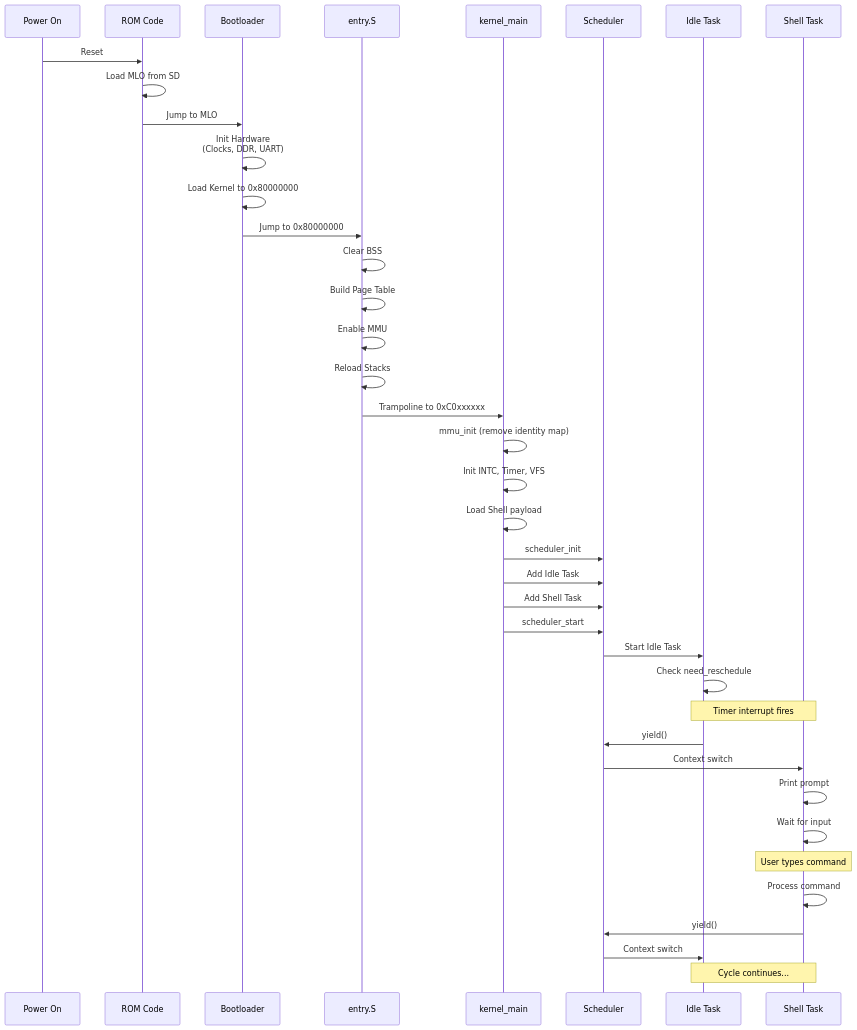
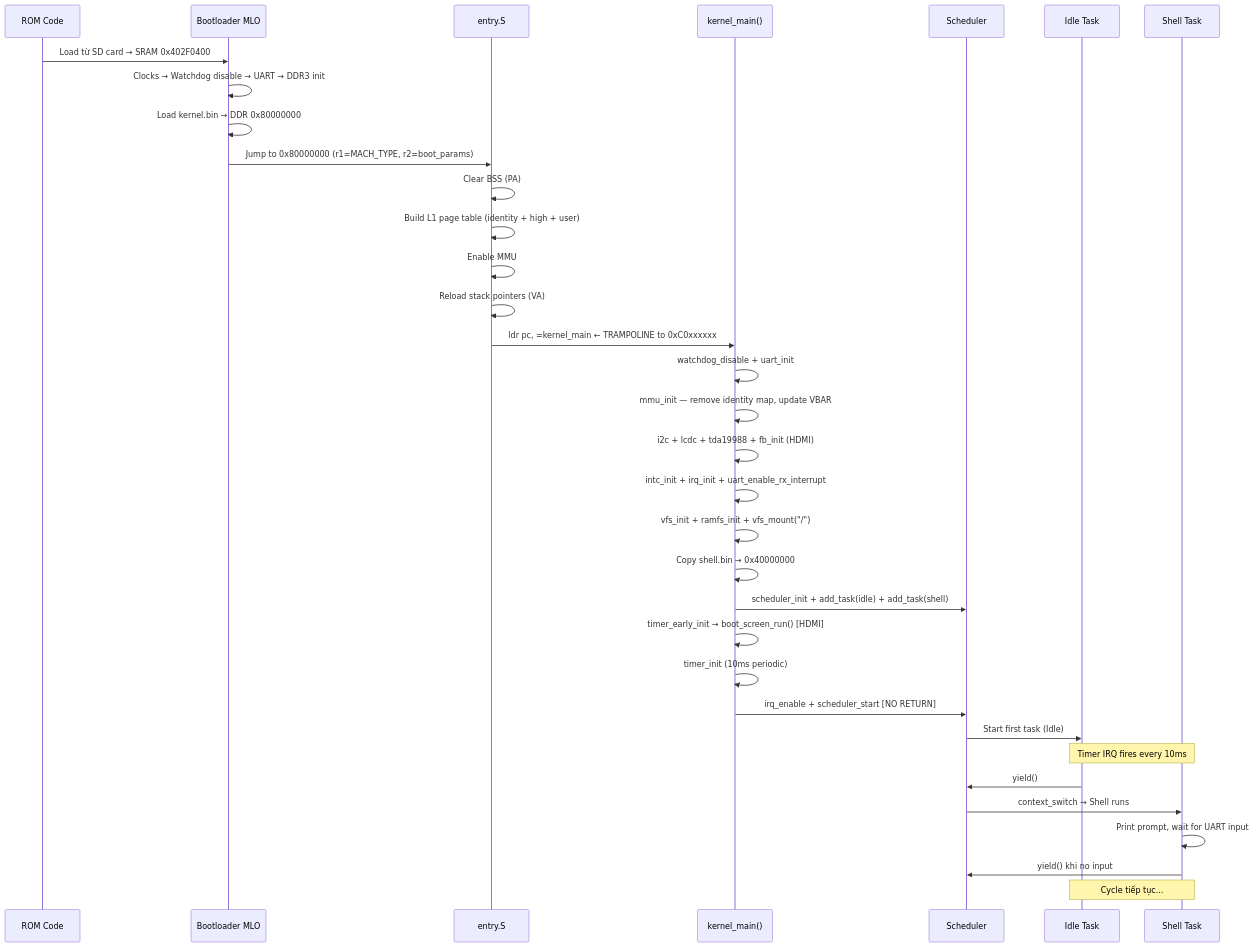
The second of 3 diagrams in VinixOS/docs/99-system-overview.md (MizuCaster/Vinix-OS), drawn with Mermaid before and after one commit. The commit also changed other lines of this file and 18 other files, not shown here.

````diff
--- a/VinixOS/docs/99-system-overview.md
+++ b/VinixOS/docs/99-system-overview.md
@@ -68,42 +57,40 @@
 ```mermaid
 sequenceDiagram
-    participant PWR as Power On
     participant ROM as ROM Code
-    participant MLO as Bootloader
+    participant MLO as Bootloader MLO
     participant ENTRY as entry.S
-    participant KMAIN as kernel_main
+    participant KMAIN as kernel_main()
     participant SCHED as Scheduler
     participant IDLE as Idle Task
     participant SHELL as Shell Task
-    
-    PWR->>ROM: Reset
-    ROM->>ROM: Load MLO from SD
-    ROM->>MLO: Jump to MLO
-    MLO->>MLO: Init Hardware<br/>(Clocks, DDR, UART)
-    MLO->>MLO: Load Kernel to 0x80000000
-    MLO->>ENTRY: Jump to 0x80000000
-    ENTRY->>ENTRY: Clear BSS
-    ENTRY->>ENTRY: Build Page Table
+
+    ROM->>MLO: Load từ SD card → SRAM 0x402F0400
+    MLO->>MLO: Clocks → Watchdog disable → UART → DDR3 init
+    MLO->>MLO: Load kernel.bin → DDR 0x80000000
+    MLO->>ENTRY: Jump to 0x80000000 (r1=MACH_TYPE, r2=boot_params)
+
+    ENTRY->>ENTRY: Clear BSS (PA)
+    ENTRY->>ENTRY: Build L1 page table (identity + high + user)
     ENTRY->>ENTRY: Enable MMU
-    ENTRY->>ENTRY: Reload Stacks
-    ENTRY->>KMAIN: Trampoline to 0xC0xxxxxx
-    KMAIN->>KMAIN: mmu_init (remove identity map)
-    KMAIN->>KMAIN: Init INTC, Timer, VFS
-    KMAIN->>KMAIN: Load Shell payload
-    KMAIN->>SCHED: scheduler_init
-    KMAIN->>SCHED: Add Idle Task
-    KMAIN->>SCHED: Add Shell Task
-    KMAIN->>SCHED: scheduler_start
-    SCHED->>IDLE: Start Idle Task
-    IDLE->>IDLE: Check need_reschedule
-    Note over IDLE,SHELL: Timer interrupt fires
+    ENTRY->>ENTRY: Reload stack pointers (VA)
+    ENTRY->>KMAIN: ldr pc, =kernel_main  ← TRAMPOLINE to 0xC0xxxxxx
+
+    KMAIN->>KMAIN: watchdog_disable + uart_init
+    KMAIN->>KMAIN: mmu_init — remove identity map, update VBAR
+    KMAIN->>KMAIN: i2c + lcdc + tda19988 + fb_init (HDMI)
+    KMAIN->>KMAIN: intc_init + irq_init + uart_enable_rx_interrupt
+    KMAIN->>KMAIN: vfs_init + ramfs_init + vfs_mount("/")
+    KMAIN->>KMAIN: Copy shell.bin → 0x40000000
+    KMAIN->>SCHED: scheduler_init + add_task(idle) + add_task(shell)
+    KMAIN->>KMAIN: timer_early_init → boot_screen_run() [HDMI]
+    KMAIN->>KMAIN: timer_init (10ms periodic)
+    KMAIN->>SCHED: irq_enable + scheduler_start [NO RETURN]
+
+    SCHED->>IDLE: Start first task (Idle)
+    Note over IDLE,SHELL: Timer IRQ fires every 10ms
     IDLE->>SCHED: yield()
-    SCHED->>SHELL: Context switch
-    SHELL->>SHELL: Print prompt
-    SHELL->>SHELL: Wait for input
-    Note over SHELL: User types command
-    SHELL->>SHELL: Process command
-    SHELL->>SCHED: yield()
-    SCHED->>IDLE: Context switch
-    Note over IDLE,SHELL: Cycle continues...
+    SCHED->>SHELL: context_switch → Shell runs
+    SHELL->>SHELL: Print prompt, wait for UART input
+    SHELL->>SCHED: yield() khi no input
+    Note over IDLE,SHELL: Cycle tiếp tục...
 ```
````
